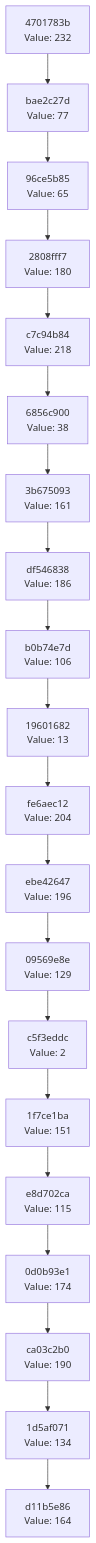
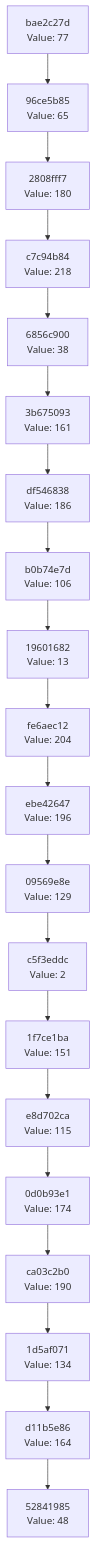
Before and after one commit to Abhisheksinha1506/hash-chain-evolver: the diagram in docs/CHAIN_VISUALIZATION.md, drawn with Mermaid. The commit also changed 2 other files, not shown here.

Commit message:
Evolution step: hash 0x30 → action executed

````diff
--- a/docs/CHAIN_VISUALIZATION.md
+++ b/docs/CHAIN_VISUALIZATION.md
@@ -3,42 +3,42 @@
 ```mermaid
 graph TD
-    C0["d11b5e86<br/>Value: 164"]
-    C1["1d5af071<br/>Value: 134"]
+    C0["52841985<br/>Value: 48"]
+    C1["d11b5e86<br/>Value: 164"]
     C1 --> C0
-    C2["ca03c2b0<br/>Value: 190"]
+    C2["1d5af071<br/>Value: 134"]
     C2 --> C1
-    C3["0d0b93e1<br/>Value: 174"]
+    C3["ca03c2b0<br/>Value: 190"]
     C3 --> C2
-    C4["e8d702ca<br/>Value: 115"]
+    C4["0d0b93e1<br/>Value: 174"]
     C4 --> C3
-    C5["1f7ce1ba<br/>Value: 151"]
+    C5["e8d702ca<br/>Value: 115"]
     C5 --> C4
-    C6["c5f3eddc<br/>Value: 2"]
+    C6["1f7ce1ba<br/>Value: 151"]
     C6 --> C5
-    C7["09569e8e<br/>Value: 129"]
+    C7["c5f3eddc<br/>Value: 2"]
     C7 --> C6
-    C8["ebe42647<br/>Value: 196"]
+    C8["09569e8e<br/>Value: 129"]
     C8 --> C7
-    C9["fe6aec12<br/>Value: 204"]
+    C9["ebe42647<br/>Value: 196"]
     C9 --> C8
-    C10["19601682<br/>Value: 13"]
+    C10["fe6aec12<br/>Value: 204"]
     C10 --> C9
-    C11["b0b74e7d<br/>Value: 106"]
+    C11["19601682<br/>Value: 13"]
     C11 --> C10
-    C12["df546838<br/>Value: 186"]
+    C12["b0b74e7d<br/>Value: 106"]
     C12 --> C11
-    C13["3b675093<br/>Value: 161"]
+    C13["df546838<br/>Value: 186"]
     C13 --> C12
-    C14["6856c900<br/>Value: 38"]
+    C14["3b675093<br/>Value: 161"]
     C14 --> C13
-    C15["c7c94b84<br/>Value: 218"]
+    C15["6856c900<br/>Value: 38"]
     C15 --> C14
-    C16["2808fff7<br/>Value: 180"]
+    C16["c7c94b84<br/>Value: 218"]
     C16 --> C15
-    C17["96ce5b85<br/>Value: 65"]
+    C17["2808fff7<br/>Value: 180"]
     C17 --> C16
-    C18["bae2c27d<br/>Value: 77"]
+    C18["96ce5b85<br/>Value: 65"]
     C18 --> C17
-    C19["4701783b<br/>Value: 232"]
+    C19["bae2c27d<br/>Value: 77"]
     C19 --> C18
 ```
````
